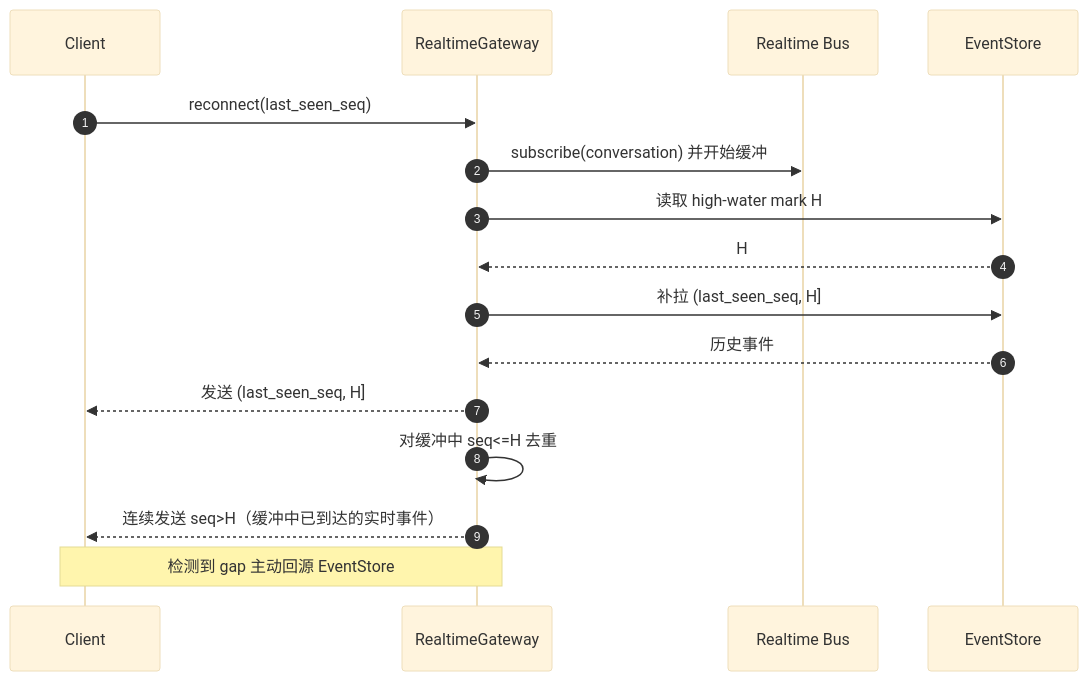
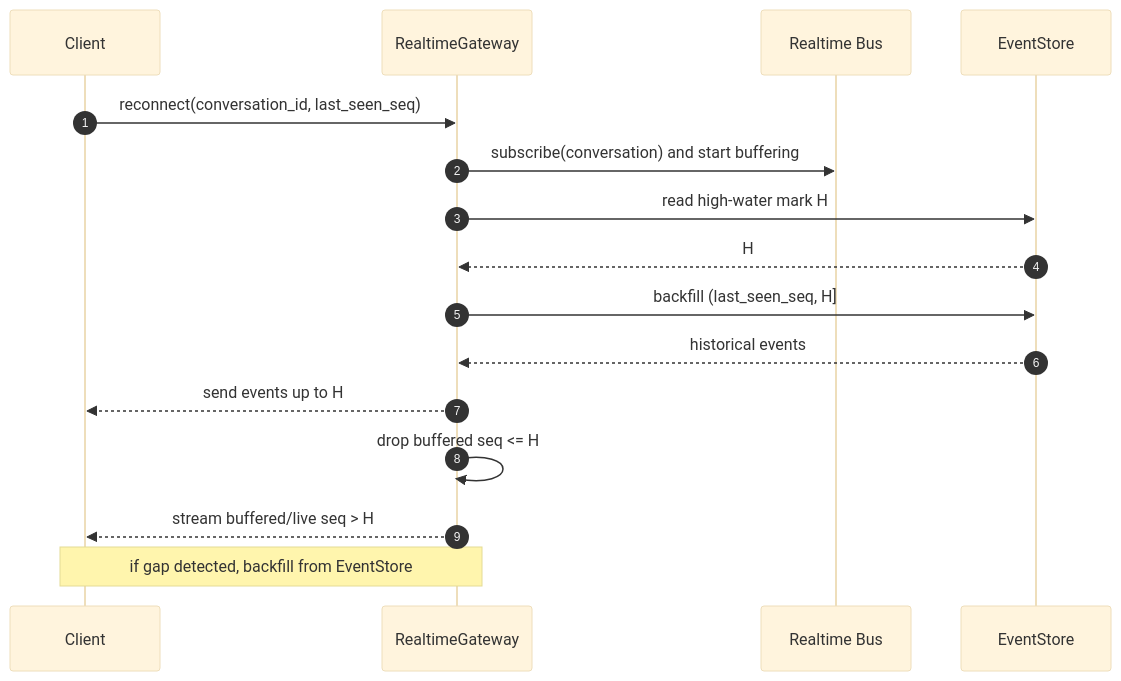
The diagram in docs/realtime.md (erweixin/langshift.dev), drawn with Mermaid (base theme) before and after one commit. The commit also changed other lines of this file and 9 other files, not shown here.

Commit message:
feat: update architecture documentation for Lites Cloud Agent, detailing deployment models, capacity planning, concurrency mechanisms, and operational strategies to enhance system robustness and multi-tenancy support

````diff
--- a/docs/realtime.md
+++ b/docs/realtime.md
@@ -14,19 +35,19 @@
 ```mermaid
 sequenceDiagram
   autonumber
   participant C as Client
   participant RG as RealtimeGateway
   participant Bus as Realtime Bus
   participant DB as EventStore
 
-  C->>RG: reconnect(last_seen_seq)
-  RG->>Bus: subscribe(conversation) 并开始缓冲
-  RG->>DB: 读取 high-water mark H
+  C->>RG: reconnect(conversation_id, last_seen_seq)
+  RG->>Bus: subscribe(conversation) and start buffering
+  RG->>DB: read high-water mark H
   DB-->>RG: H
-  RG->>DB: 补拉 (last_seen_seq, H]
-  DB-->>RG: 历史事件
-  RG-->>C: 发送 (last_seen_seq, H]
-  RG->>RG: 对缓冲中 seq<=H 去重
-  RG-->>C: 连续发送 seq>H（缓冲中已到达的实时事件）
-  note over RG,C: 检测到 gap 主动回源 EventStore
+  RG->>DB: backfill (last_seen_seq, H]
+  DB-->>RG: historical events
+  RG-->>C: send events up to H
+  RG->>RG: drop buffered seq <= H
+  RG-->>C: stream buffered/live seq > H
+  note over RG,C: if gap detected, backfill from EventStore
 ```
````
